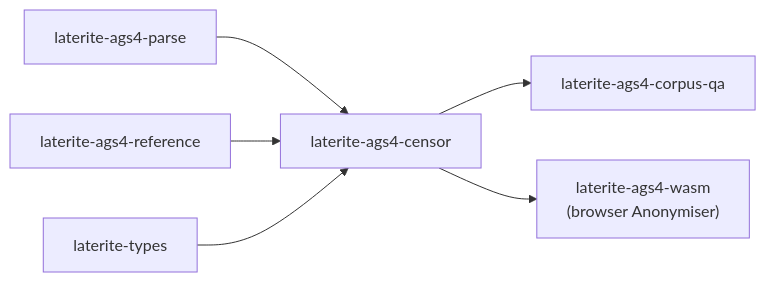
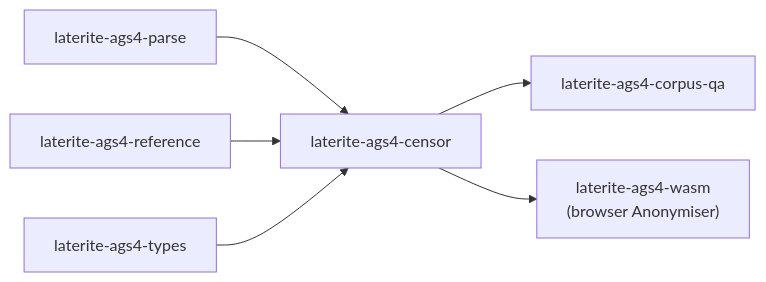
Before and after one commit to niko86/laterite: the diagram in ags-wiki/tools/laterite-ags4-censor.md, drawn with Mermaid. The commit also changed other lines of this file and 103 other files, not shown here.

````diff
--- a/ags-wiki/tools/laterite-ags4-censor.md
+++ b/ags-wiki/tools/laterite-ags4-censor.md
@@ -76,8 +76,8 @@
 ```mermaid
 flowchart LR
   parse[laterite-ags4-parse] --> censor[laterite-ags4-censor]
   ref[laterite-ags4-reference] --> censor
-  types[laterite-types] --> censor
+  types[laterite-ags4-types] --> censor
   censor --> corpusqa[laterite-ags4-corpus-qa]
   censor --> wasm["laterite-ags4-wasm<br/>(browser Anonymiser)"]
 ```
````
